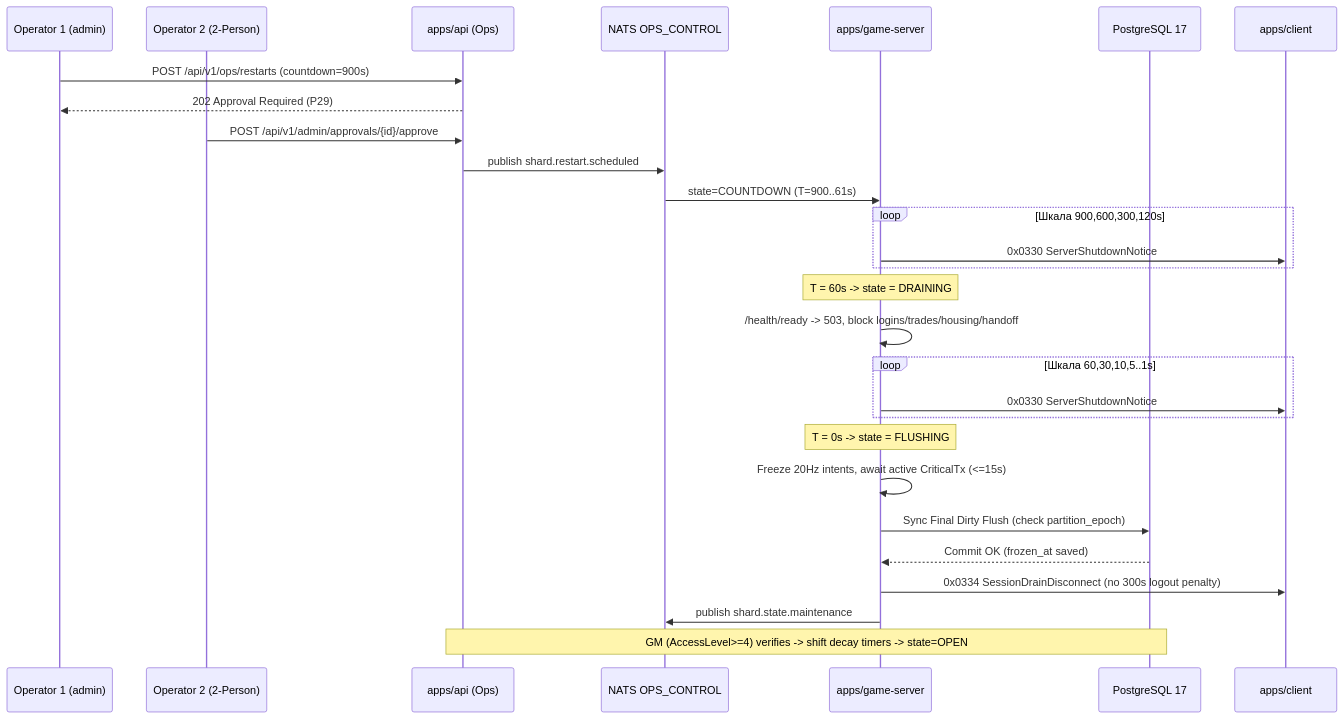
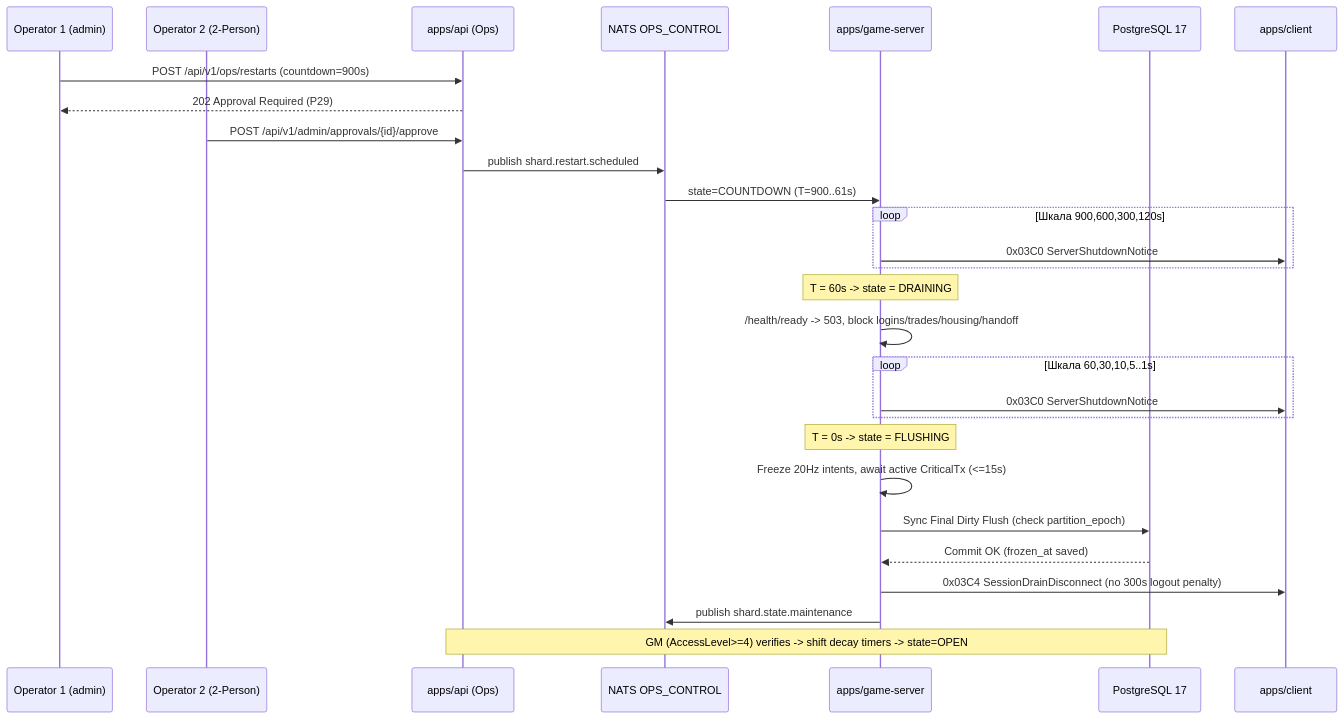
The second of 3 diagrams in openspec/changes/p33-observability-and-operations/design.md (SergioAndreev/uo3), drawn with Mermaid before and after one commit. The commit also changed other lines of this file and 188 other files, not shown here.

````diff
--- a/openspec/changes/p33-observability-and-operations/design.md
+++ b/openspec/changes/p33-observability-and-operations/design.md
@@ -200,31 +200,31 @@
 ```mermaid
 sequenceDiagram
   participant OP1 as Operator 1 (admin)
   participant OP2 as Operator 2 (2-Person)
   participant API as apps/api (Ops)
   participant NATS as NATS OPS_CONTROL
   participant GS as apps/game-server
   participant PG as PostgreSQL 17
   participant CL as apps/client
 
   OP1->>API: POST /api/v1/ops/restarts (countdown=900s)
   API-->>OP1: 202 Approval Required (P29)
   OP2->>API: POST /api/v1/admin/approvals/{id}/approve
   API->>NATS: publish shard.restart.scheduled
   NATS->>GS: state=COUNTDOWN (T=900..61s)
   loop Шкала 900,600,300,120s
-    GS->>CL: 0x0330 ServerShutdownNotice
+    GS->>CL: 0x03C0 ServerShutdownNotice
   end
   Note over GS: T = 60s -> state = DRAINING
   GS->>GS: /health/ready -> 503, block logins/trades/housing/handoff
   loop Шкала 60,30,10,5..1s
-    GS->>CL: 0x0330 ServerShutdownNotice
+    GS->>CL: 0x03C0 ServerShutdownNotice
   end
   Note over GS: T = 0s -> state = FLUSHING
   GS->>GS: Freeze 20Hz intents, await active CriticalTx (<=15s)
   GS->>PG: Sync Final Dirty Flush (check partition_epoch)
   PG-->>GS: Commit OK (frozen_at saved)
-  GS->>CL: 0x0334 SessionDrainDisconnect (no 300s logout penalty)
+  GS->>CL: 0x03C4 SessionDrainDisconnect (no 300s logout penalty)
   GS->>NATS: publish shard.state.maintenance
   Note over API,PG: GM (AccessLevel>=4) verifies -> shift decay timers -> state=OPEN
 ```
````
